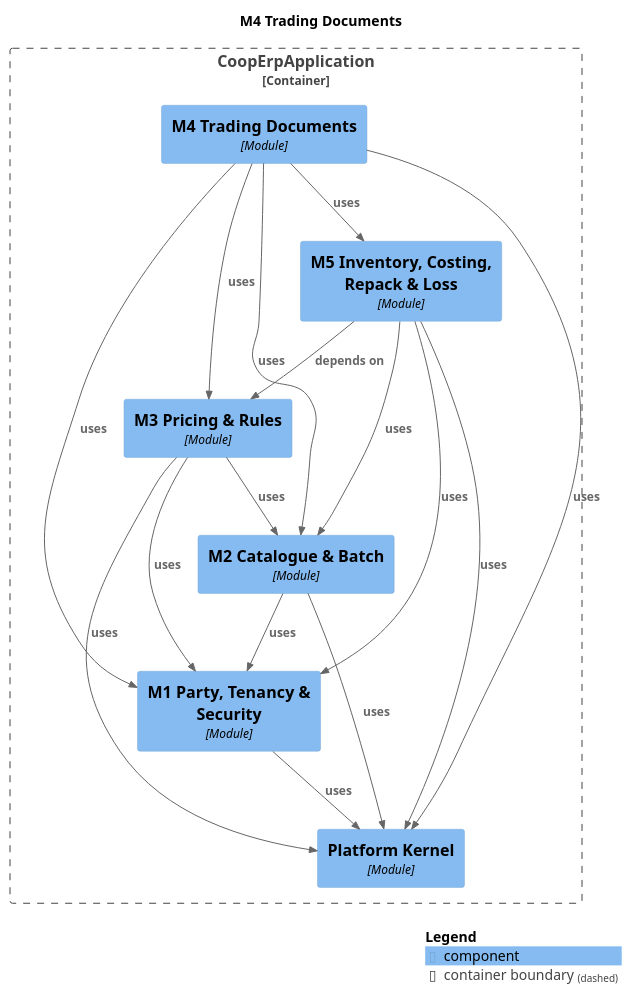
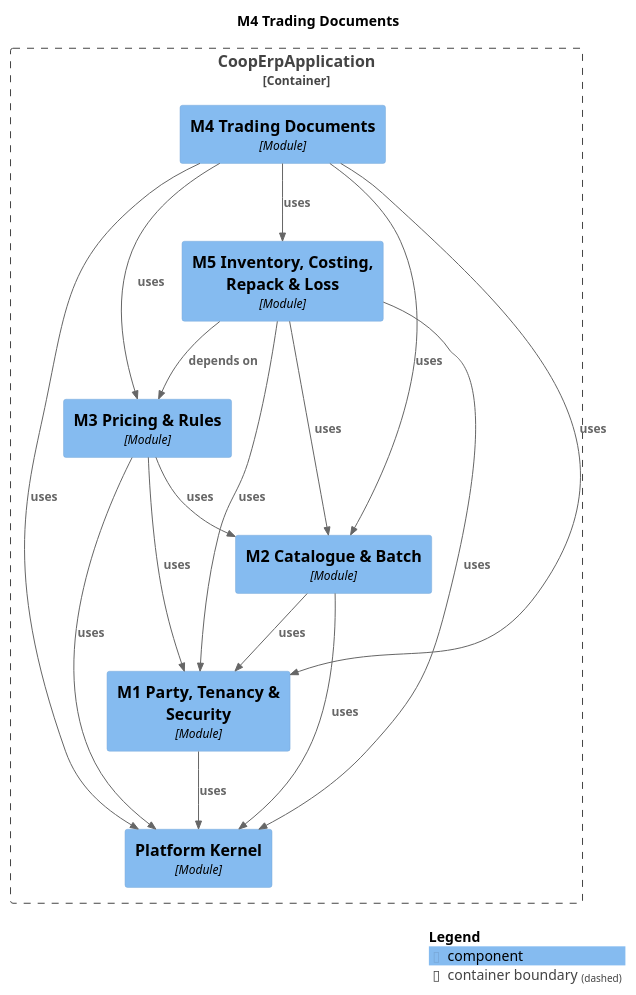
The diagram in docs/modules/module-m4trading.puml (Knoweb/COOP_ERP), drawn with PlantUML before and after one commit. The commit also changed other lines of this file and 48 other files, not shown here.

```diff
--- a/docs/modules/module-m4trading.puml
+++ b/docs/modules/module-m4trading.puml
@@ -1,37 +1,37 @@
 @startuml
 set separator none
 title M4 Trading Documents
 
 top to bottom direction
 
 !include <C4/C4>
 !include <C4/C4_Context>
 !include <C4/C4_Component>
 
 Container_Boundary("CoopErpApplication.CoopErpApplication_boundary", "CoopErpApplication", $tags="") {
-  Component(CoopErpApplication.CoopErpApplication.M3PricingRules, "M3 Pricing & Rules", $techn="Module", $descr="", $tags="", $link="")
   Component(CoopErpApplication.CoopErpApplication.M5InventoryCostingRepackLoss, "M5 Inventory, Costing, Repack & Loss", $techn="Module", $descr="", $tags="", $link="")
   Component(CoopErpApplication.CoopErpApplication.M4TradingDocuments, "M4 Trading Documents", $techn="Module", $descr="", $tags="", $link="")
   Component(CoopErpApplication.CoopErpApplication.PlatformKernel, "Platform Kernel", $techn="Module", $descr="", $tags="", $link="")
   Component(CoopErpApplication.CoopErpApplication.M1PartyTenancySecurity, "M1 Party, Tenancy & Security", $techn="Module", $descr="", $tags="", $link="")
   Component(CoopErpApplication.CoopErpApplication.M2CatalogueBatch, "M2 Catalogue & Batch", $techn="Module", $descr="", $tags="", $link="")
+  Component(CoopErpApplication.CoopErpApplication.M3PricingRules, "M3 Pricing & Rules", $techn="Module", $descr="", $tags="", $link="")
 }
 
 Rel(CoopErpApplication.CoopErpApplication.M1PartyTenancySecurity, CoopErpApplication.CoopErpApplication.PlatformKernel, "uses", $techn="", $tags="", $link="")
 Rel(CoopErpApplication.CoopErpApplication.M2CatalogueBatch, CoopErpApplication.CoopErpApplication.M1PartyTenancySecurity, "uses", $techn="", $tags="", $link="")
 Rel(CoopErpApplication.CoopErpApplication.M2CatalogueBatch, CoopErpApplication.CoopErpApplication.PlatformKernel, "uses", $techn="", $tags="", $link="")
 Rel(CoopErpApplication.CoopErpApplication.M3PricingRules, CoopErpApplication.CoopErpApplication.M1PartyTenancySecurity, "uses", $techn="", $tags="", $link="")
 Rel(CoopErpApplication.CoopErpApplication.M3PricingRules, CoopErpApplication.CoopErpApplication.M2CatalogueBatch, "uses", $techn="", $tags="", $link="")
 Rel(CoopErpApplication.CoopErpApplication.M3PricingRules, CoopErpApplication.CoopErpApplication.PlatformKernel, "uses", $techn="", $tags="", $link="")
 Rel(CoopErpApplication.CoopErpApplication.M4TradingDocuments, CoopErpApplication.CoopErpApplication.M1PartyTenancySecurity, "uses", $techn="", $tags="", $link="")
 Rel(CoopErpApplication.CoopErpApplication.M4TradingDocuments, CoopErpApplication.CoopErpApplication.M2CatalogueBatch, "uses", $techn="", $tags="", $link="")
 Rel(CoopErpApplication.CoopErpApplication.M4TradingDocuments, CoopErpApplication.CoopErpApplication.M3PricingRules, "uses", $techn="", $tags="", $link="")
 Rel(CoopErpApplication.CoopErpApplication.M4TradingDocuments, CoopErpApplication.CoopErpApplication.M5InventoryCostingRepackLoss, "uses", $techn="", $tags="", $link="")
 Rel(CoopErpApplication.CoopErpApplication.M4TradingDocuments, CoopErpApplication.CoopErpApplication.PlatformKernel, "uses", $techn="", $tags="", $link="")
 Rel(CoopErpApplication.CoopErpApplication.M5InventoryCostingRepackLoss, CoopErpApplication.CoopErpApplication.M1PartyTenancySecurity, "uses", $techn="", $tags="", $link="")
 Rel(CoopErpApplication.CoopErpApplication.M5InventoryCostingRepackLoss, CoopErpApplication.CoopErpApplication.M2CatalogueBatch, "uses", $techn="", $tags="", $link="")
 Rel(CoopErpApplication.CoopErpApplication.M5InventoryCostingRepackLoss, CoopErpApplication.CoopErpApplication.M3PricingRules, "depends on", $techn="", $tags="", $link="")
 Rel(CoopErpApplication.CoopErpApplication.M5InventoryCostingRepackLoss, CoopErpApplication.CoopErpApplication.PlatformKernel, "uses", $techn="", $tags="", $link="")
 
 SHOW_LEGEND(true)
 @enduml
```
